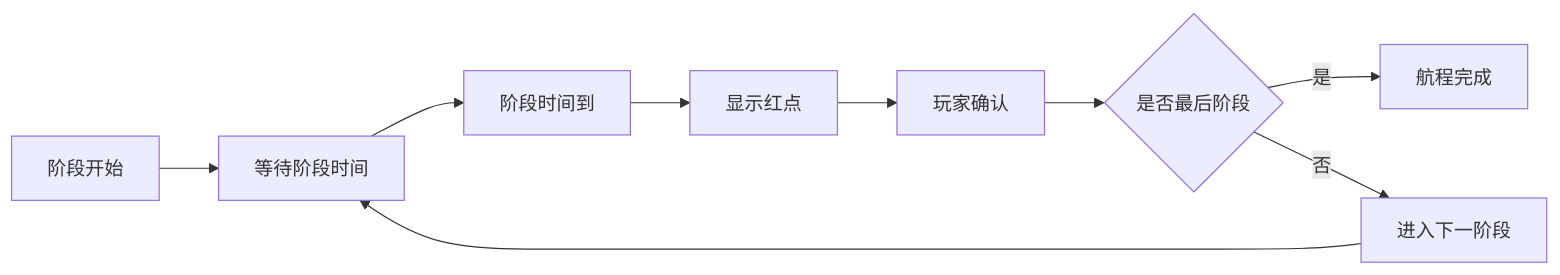
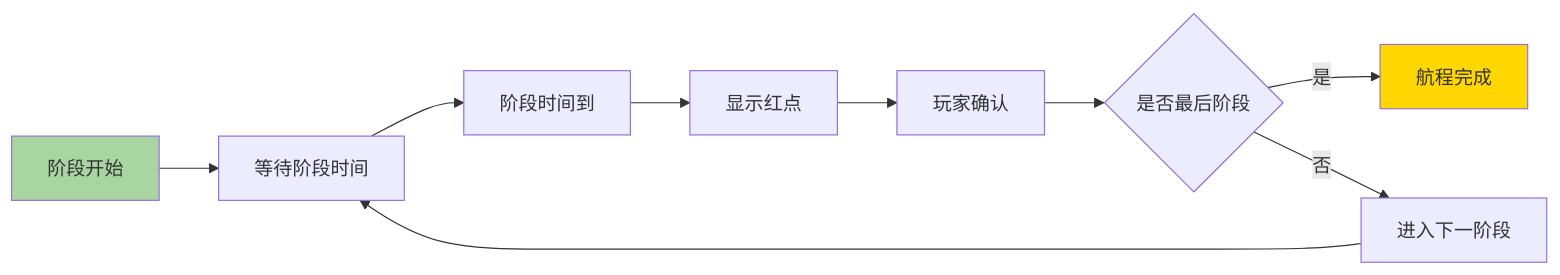
Before and after one commit to Alan-Ben/k2c_game_framework: the third of 13 diagrams in docs/Module_Mars/01_数据配表.md, drawn with Mermaid. The commit also changed other lines of this file and 1 other file, not shown here.

````diff
--- a/docs/Module_Mars/01_数据配表.md
+++ b/docs/Module_Mars/01_数据配表.md
@@ -192,11 +304,14 @@
 ```mermaid
 flowchart LR
     A[阶段开始] --> B[等待阶段时间]
     B --> C[阶段时间到]
     C --> D[显示红点]
     D --> E[玩家确认]
     E --> F{是否最后阶段}
     F -->|是| G[航程完成]
     F -->|否| H[进入下一阶段]
     H --> B
+
+    style A fill:#a8d5a2
+    style G fill:#ffd700
 ```
````
